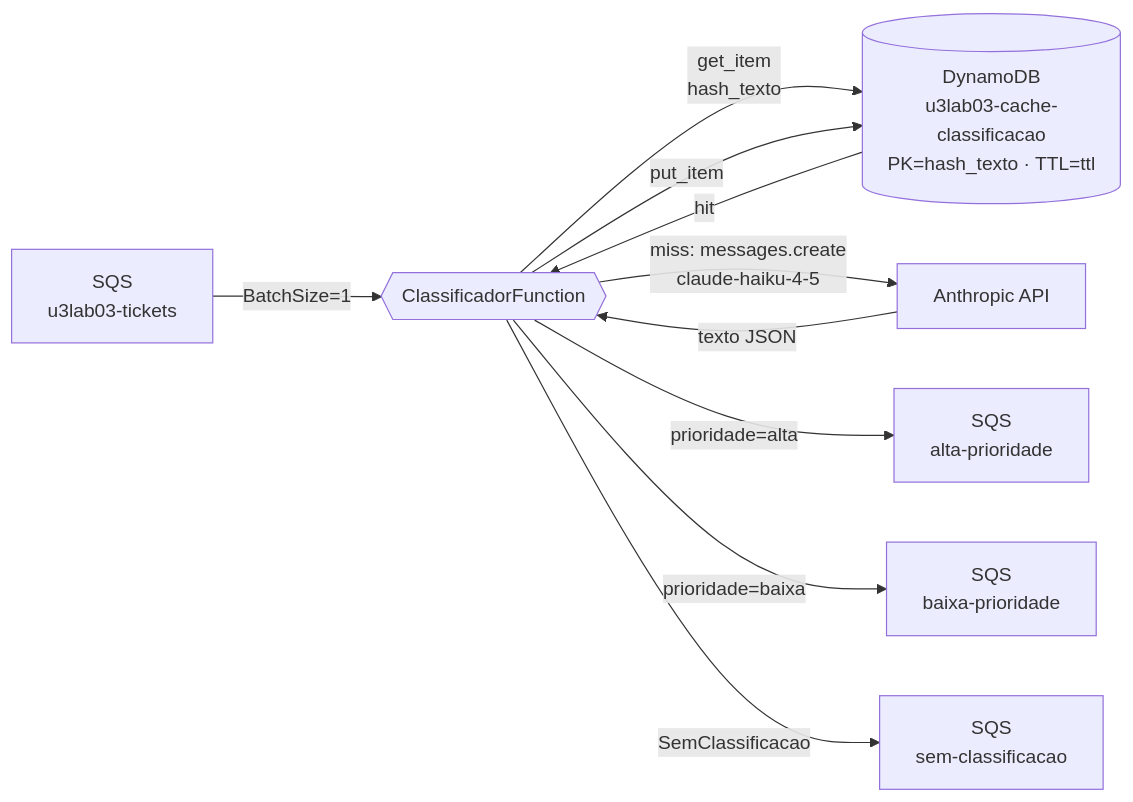
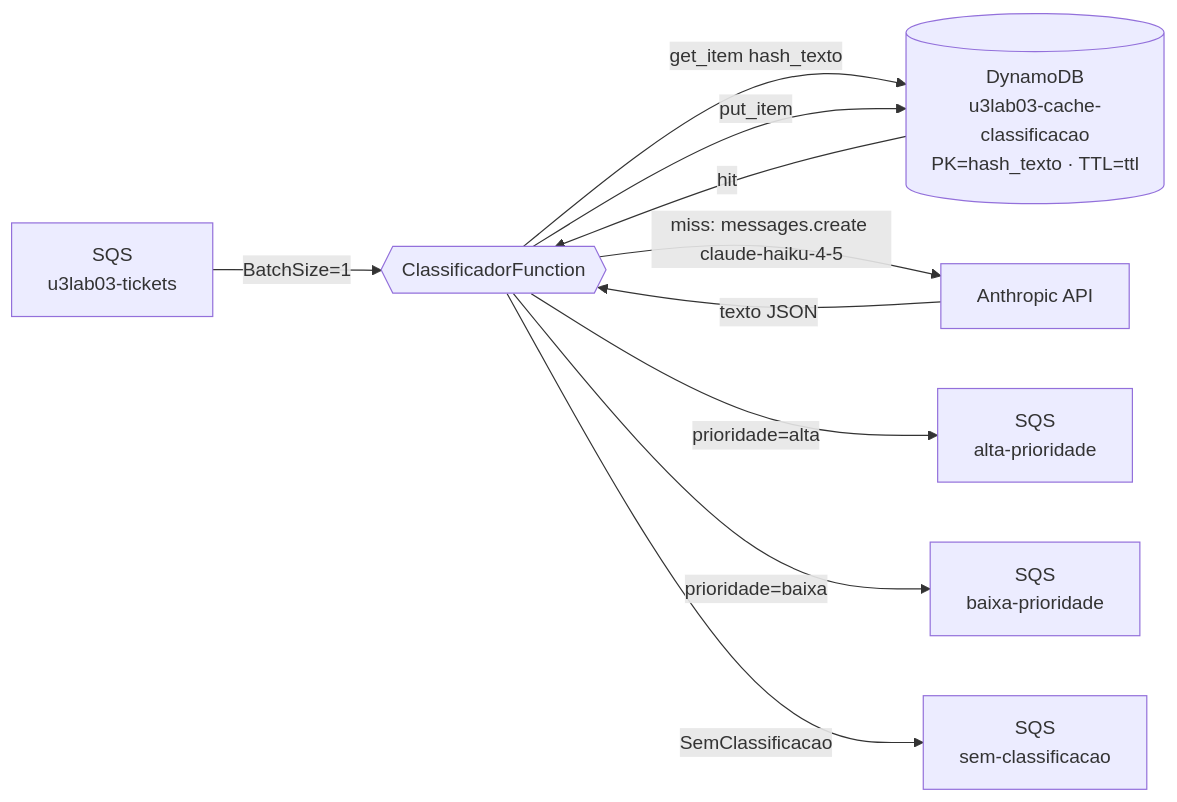
Before and after one commit to aulas-marco/arquitetura-serverless-eventdriven: the diagram in docs/unidade-3/02-demos/u3-03.md, drawn with Mermaid. The commit also changed 10 other files, not shown here.

First line of the commit message:
Corrige erros de parse nos diagramas Mermaid da documentação

````diff
--- a/docs/unidade-3/02-demos/u3-03.md
+++ b/docs/unidade-3/02-demos/u3-03.md
@@ -35,12 +35,12 @@
 ```mermaid
 flowchart LR
     IN[SQS\nu3lab03-tickets] -->|BatchSize=1| L{{ClassificadorFunction}}
-    L -->|get_item\nhash_texto| D[(DynamoDB\nu3lab03-cache-classificacao\nPK=hash_texto · TTL=ttl)]
+    L -->|get_item hash_texto| D[(DynamoDB\nu3lab03-cache-classificacao\nPK=hash_texto · TTL=ttl)]
     D -->|hit| L
-    L -->|miss: messages.create\nclaude-haiku-4-5| A[Anthropic API]
+    L -->|miss: messages.create claude-haiku-4-5| A[Anthropic API]
     A -->|texto JSON| L
     L -->|put_item| D
     L -->|prioridade=alta| QA[SQS\nalta-prioridade]
     L -->|prioridade=baixa| QB[SQS\nbaixa-prioridade]
     L -->|SemClassificacao| QS[SQS\nsem-classificacao]
 ```
````
